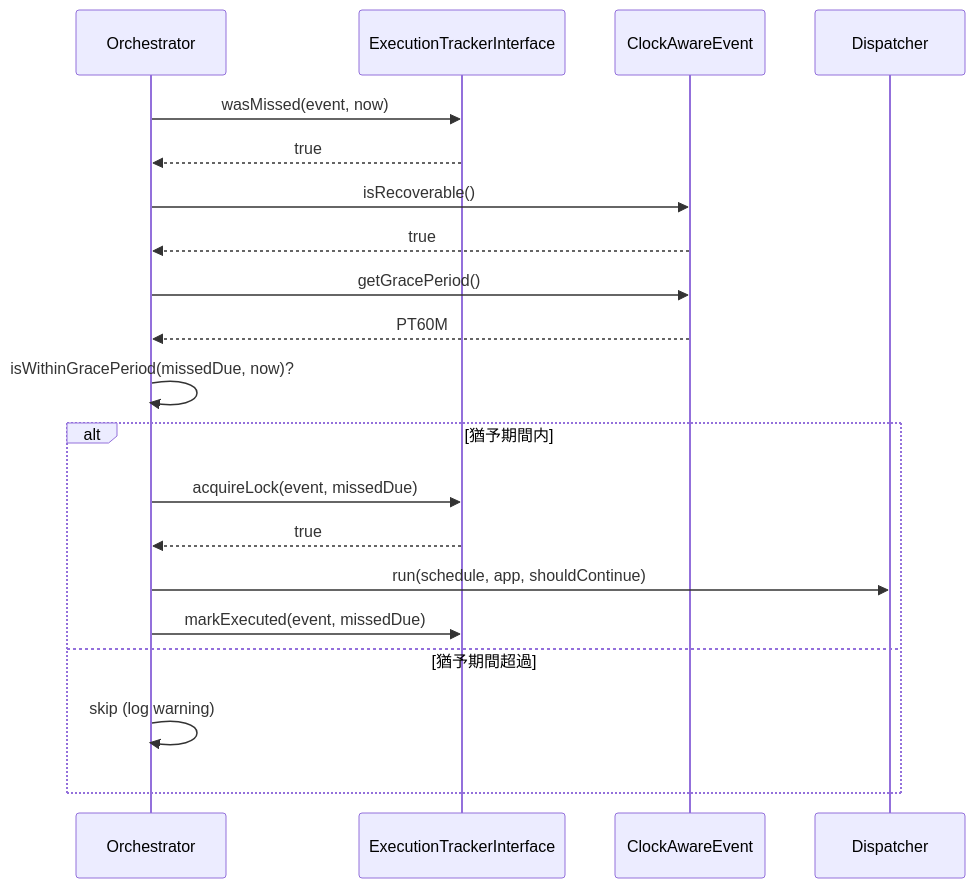
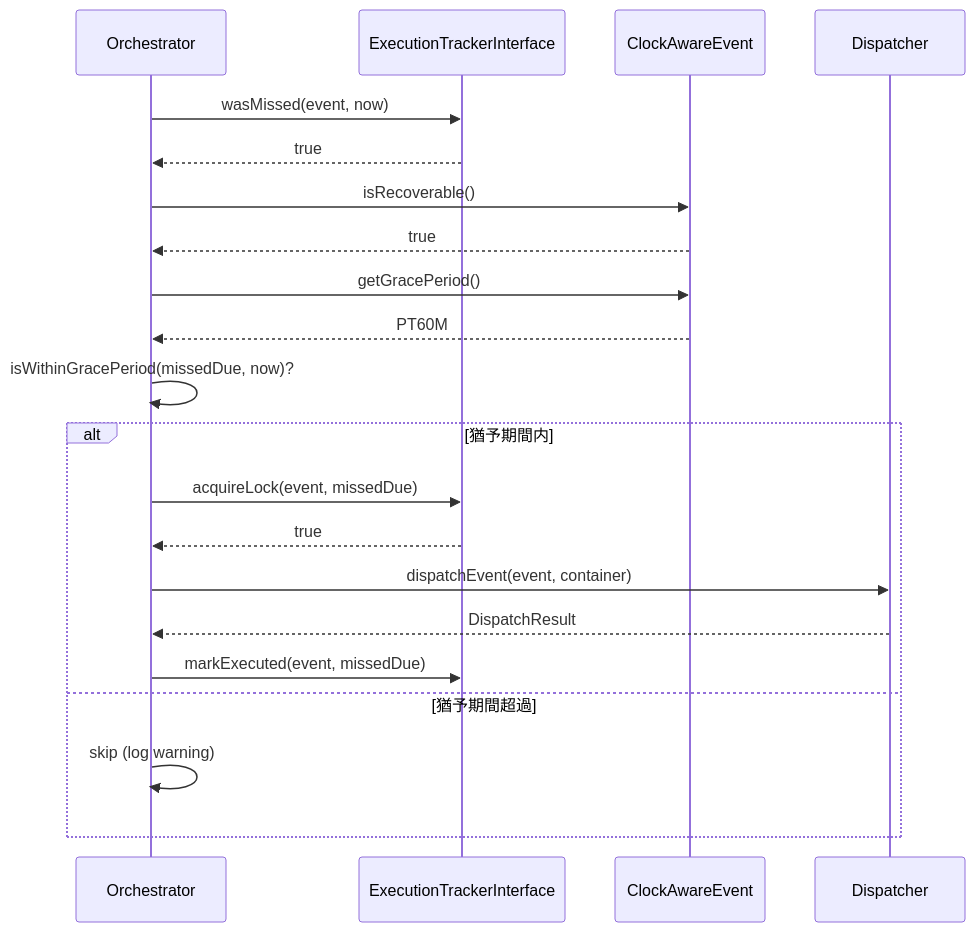
Before and after one commit to rakkofield/laravel-graceful-schedule-worker: the third of 4 diagrams in docs/DESIGN.md, drawn with Mermaid. The commit also changed other lines of this file, not shown here.

First line of the commit message:
docs: Update DESIGN.md for Phase 2 DispatchResult architecture

````diff
--- a/docs/DESIGN.md
+++ b/docs/DESIGN.md
@@ -328,27 +370,28 @@
 ```mermaid
 sequenceDiagram
     participant Orch as Orchestrator
     participant Track as ExecutionTrackerInterface
     participant Event as ClockAwareEvent
     participant Disp as Dispatcher
 
     Orch->>Track: wasMissed(event, now)
     Track-->>Orch: true
 
     Orch->>Event: isRecoverable()
     Event-->>Orch: true
 
     Orch->>Event: getGracePeriod()
     Event-->>Orch: PT60M
 
     Orch->>Orch: isWithinGracePeriod(missedDue, now)?
 
     alt 猶予期間内
         Orch->>Track: acquireLock(event, missedDue)
         Track-->>Orch: true
-        Orch->>Disp: run(schedule, app, shouldContinue)
+        Orch->>Disp: dispatchEvent(event, container)
+        Disp-->>Orch: DispatchResult
         Orch->>Track: markExecuted(event, missedDue)
     else 猶予期間超過
         Orch->>Orch: skip (log warning)
     end
 ```
````
